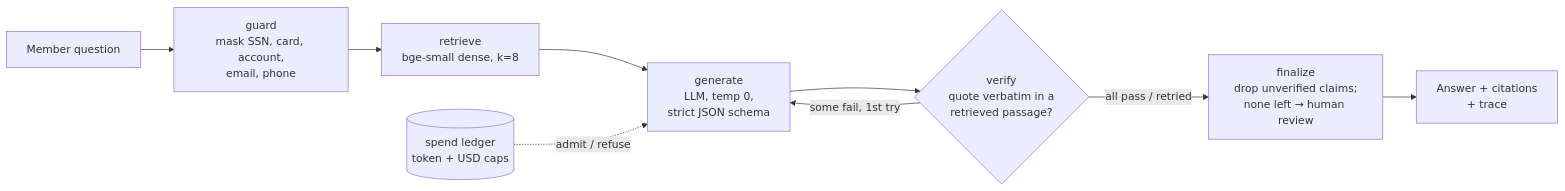
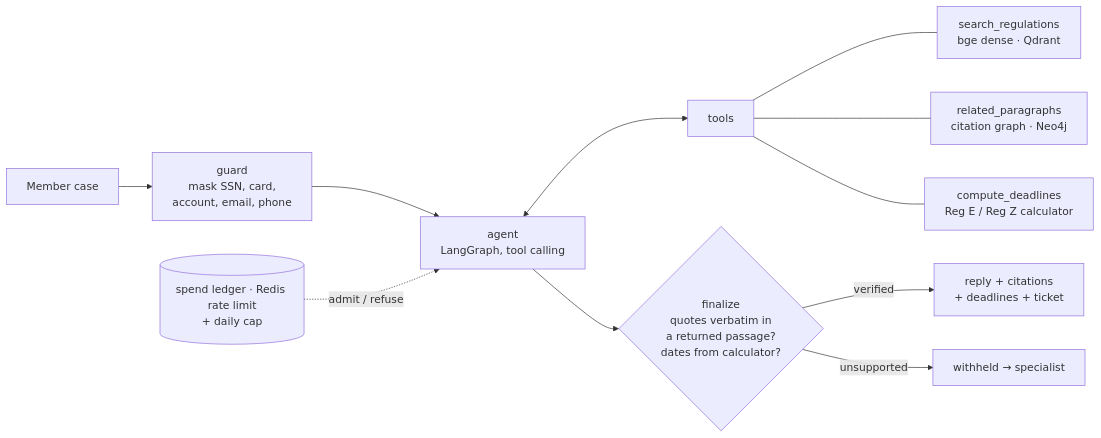
One commit to Akhilesh-Vangala/reglens changed the diagram in README.md. Above: the diagram before and after it, drawn with Mermaid. The commit also changed other lines of this file and 15 other files, not shown here.

````diff
--- a/README.md
+++ b/README.md
@@ -17,11 +27,13 @@
 ```mermaid
 flowchart LR
-  Q[Member question] --> G[guard<br/>mask SSN, card, account,<br/>email, phone]
-  G --> R[retrieve<br/>bge-small dense, k=8]
-  R --> L[generate<br/>LLM, temp 0,<br/>strict JSON schema]
-  L --> V{verify<br/>quote verbatim in a<br/>retrieved passage?}
-  V -- some fail, 1st try --> L
-  V -- all pass / retried --> F[finalize<br/>drop unverified claims;<br/>none left → human review]
-  F --> A[Answer + citations<br/>+ trace]
-  S[(spend ledger<br/>token + USD caps)] -.admit / refuse.-> L
+  C[Member case] --> G[guard<br/>mask SSN, card,<br/>account, email, phone]
+  G --> A[agent<br/>LangGraph, tool calling]
+  A <--> T[tools]
+  T --- S1[search_regulations<br/>bge dense · Qdrant]
+  T --- S2[related_paragraphs<br/>citation graph · Neo4j]
+  T --- S3[compute_deadlines<br/>Reg E / Reg Z calculator]
+  A --> F{finalize<br/>quotes verbatim in<br/>a returned passage?<br/>dates from calculator?}
+  F -->|verified| R[reply + citations<br/>+ deadlines + ticket]
+  F -->|unsupported| H[withheld → specialist]
+  L[(spend ledger · Redis rate limit<br/>+ daily cap)] -.admit / refuse.-> A
 ```
````
